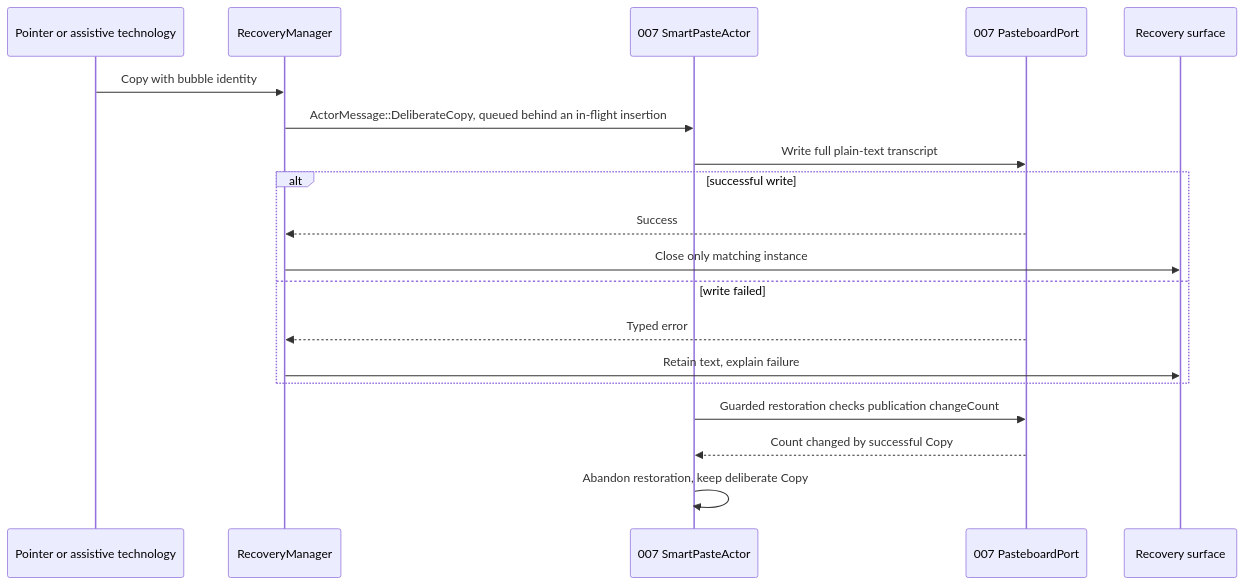
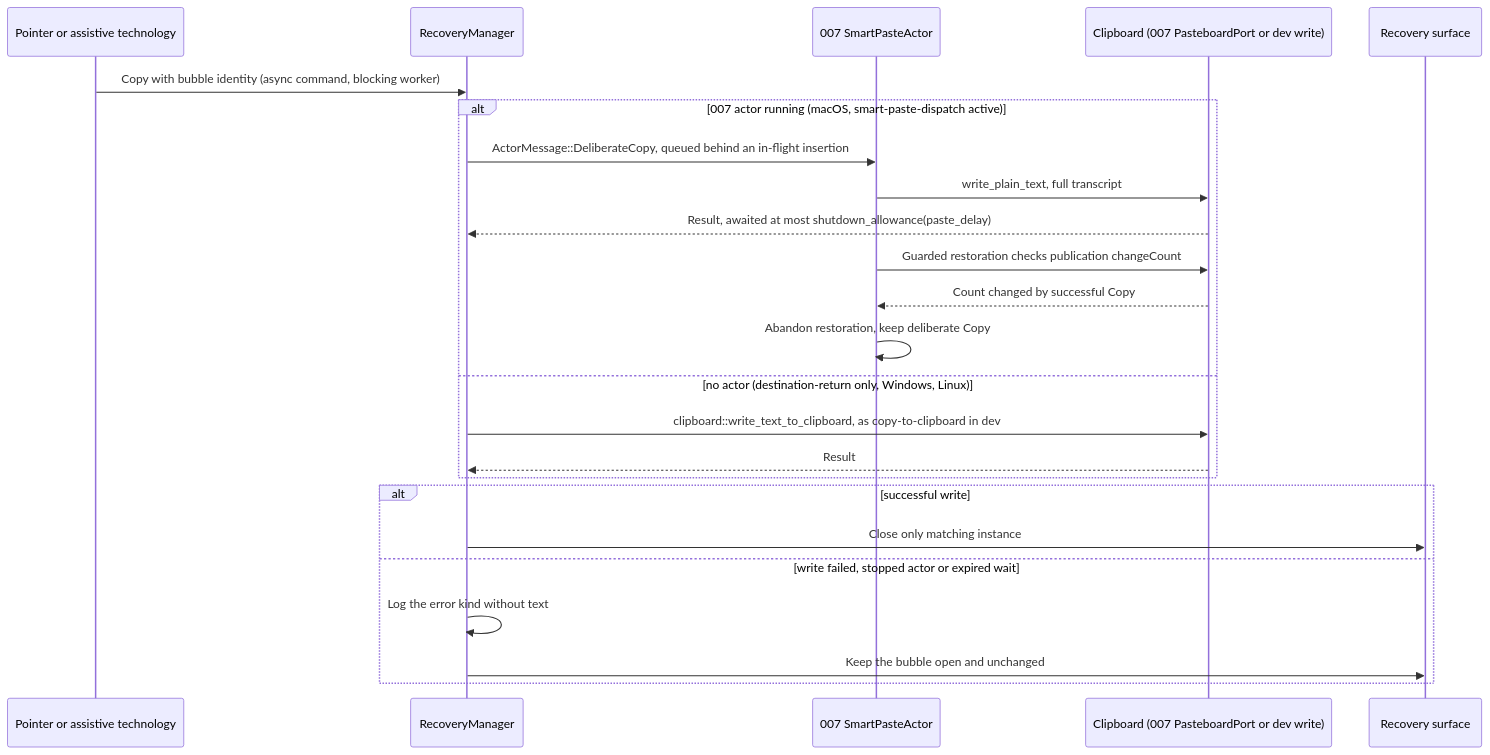
Before and after one commit to julien-m/handy: the second of 4 diagrams in .specs/features/010-recovery-bubble/plan.md, drawn with Mermaid. The commit also changed other lines of this file and 2 other files, not shown here.

First line of the commit message:
docs: apply the round-6 plan review to the 010 recovery bubble

````diff
--- a/.specs/features/010-recovery-bubble/plan.md
+++ b/.specs/features/010-recovery-bubble/plan.md
@@ -344,21 +403,26 @@
 ```mermaid
 sequenceDiagram
   participant U as Pointer or assistive technology
   participant R as RecoveryManager
   participant C as 007 SmartPasteActor
-  participant P as 007 PasteboardPort
+  participant P as Clipboard (007 PasteboardPort or dev write)
   participant UI as Recovery surface
-  U->>R: Copy with bubble identity
-  R->>C: ActorMessage::DeliberateCopy, queued behind an in-flight insertion
-  C->>P: Write full plain-text transcript
+  U->>R: Copy with bubble identity (async command, blocking worker)
+  alt 007 actor running (macOS, smart-paste-dispatch active)
+    R->>C: ActorMessage::DeliberateCopy, queued behind an in-flight insertion
+    C->>P: write_plain_text, full transcript
+    P-->>R: Result, awaited at most shutdown_allowance(paste_delay)
+    C->>P: Guarded restoration checks publication changeCount
+    P-->>C: Count changed by successful Copy
+    C->>C: Abandon restoration, keep deliberate Copy
+  else no actor (destination-return only, Windows, Linux)
+    R->>P: clipboard::write_text_to_clipboard, as copy-to-clipboard in dev
+    P-->>R: Result
+  end
   alt successful write
-    P-->>R: Success
     R->>UI: Close only matching instance
-  else write failed
-    P-->>R: Typed error
-    R->>UI: Retain text, explain failure
+  else write failed, stopped actor or expired wait
+    R->>R: Log the error kind without text
+    R->>UI: Keep the bubble open and unchanged
   end
-  C->>P: Guarded restoration checks publication changeCount
-  P-->>C: Count changed by successful Copy
-  C->>C: Abandon restoration, keep deliberate Copy
 ```
````
